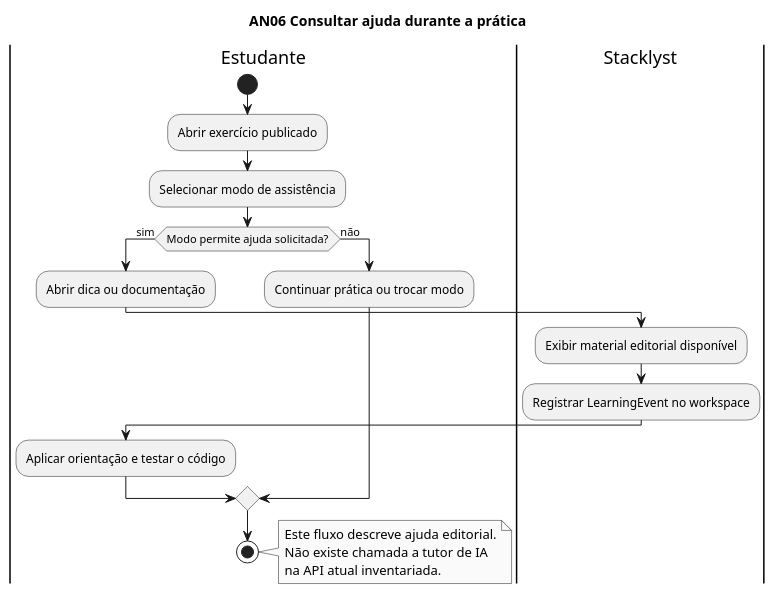
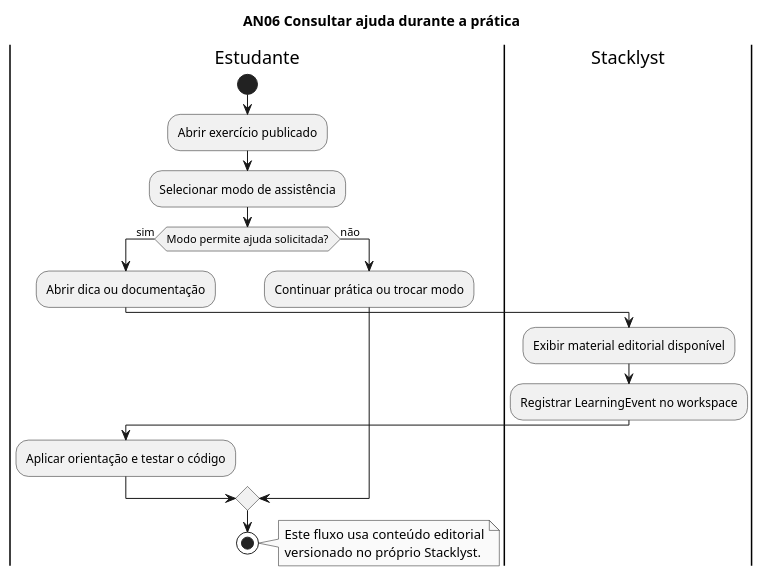
Before and after one commit to pedrotescaro/Stacklyst: the diagram in docs/laboratorio-engenharia-software/diagramas/fontes/atividades/AN06-consultar-ajuda.puml, drawn with PlantUML. The commit also changed 6 other files, not shown here.

```diff
--- a/docs/laboratorio-engenharia-software/diagramas/fontes/atividades/AN06-consultar-ajuda.puml
+++ b/docs/laboratorio-engenharia-software/diagramas/fontes/atividades/AN06-consultar-ajuda.puml
@@ -1,25 +1,24 @@
 @startuml
 title AN06 Consultar ajuda durante a prática
 skinparam monochrome true
 skinparam shadowing false
 |Estudante|
 start
 :Abrir exercício publicado;
 :Selecionar modo de assistência;
 if (Modo permite ajuda solicitada?) then (sim)
   :Abrir dica ou documentação;
   |Stacklyst|
   :Exibir material editorial disponível;
   :Registrar LearningEvent no workspace;
   |Estudante|
   :Aplicar orientação e testar o código;
 else (não)
   :Continuar prática ou trocar modo;
 endif
 stop
 note right
-  Este fluxo descreve ajuda editorial.
-  Não existe chamada a tutor de IA
-  na API atual inventariada.
+  Este fluxo usa conteúdo editorial
+  versionado no próprio Stacklyst.
 end note
 @enduml
```
